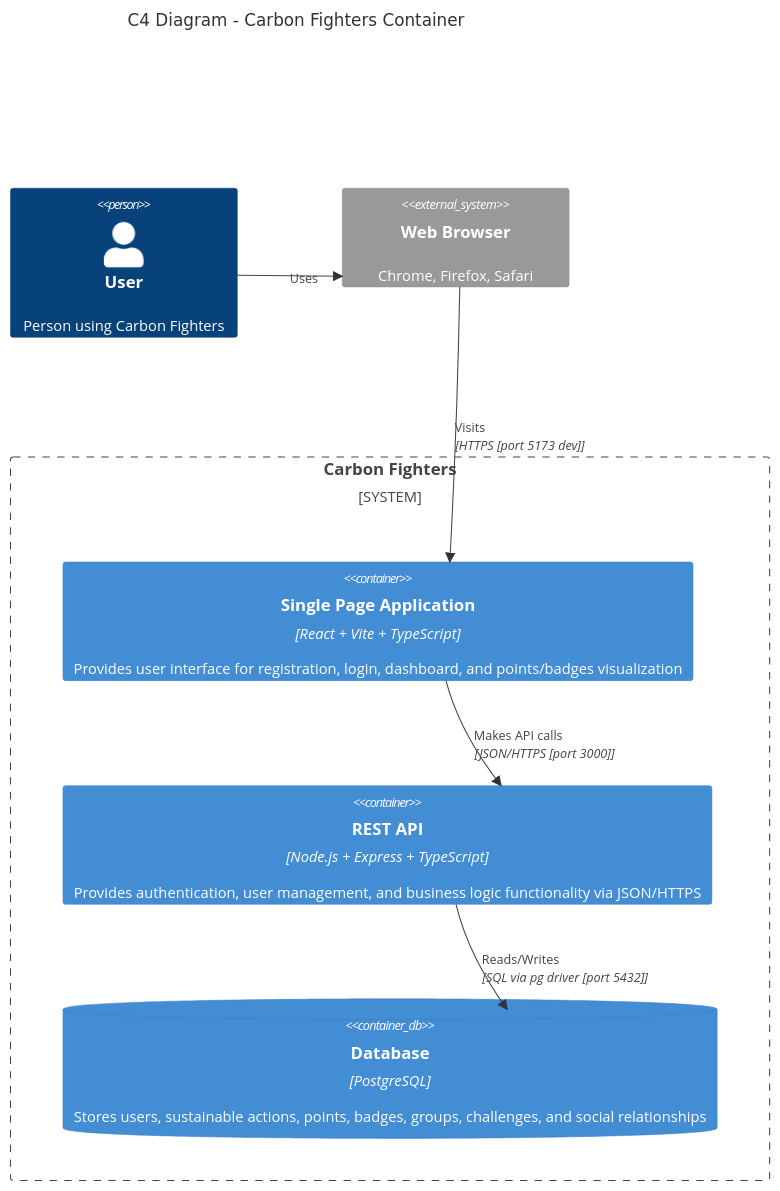
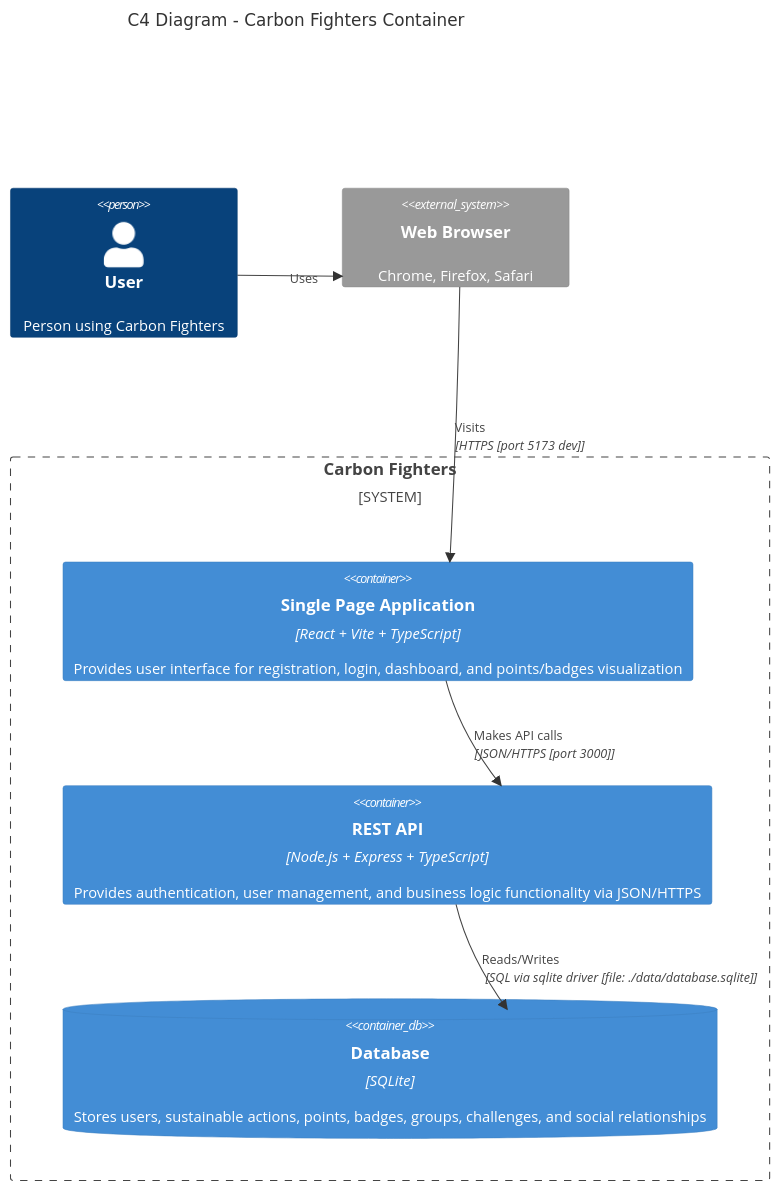
Before and after one commit to Bruno-Jambeiro/CarbonFighters: the second of 3 diagrams in README.md, drawn with Mermaid. The commit also changed other lines of this file, not shown here.

First line of the commit message:
docs: adds complete architecture documentation (EvaluationA4)

````diff
--- a/README.md
+++ b/README.md
@@ -188,25 +205,25 @@
 ```mermaid
 C4Container
     title C4 Diagram - Carbon Fighters Container
 
     Person(user, "User", "Person using Carbon Fighters")
 
     System_Boundary(carbonFighters, "Carbon Fighters") {
         Container(spa, "Single Page Application", "React + Vite + TypeScript", "Provides user interface for registration, login, dashboard, and points/badges visualization")
         
         Container(api, "REST API", "Node.js + Express + TypeScript", "Provides authentication, user management, and business logic functionality via JSON/HTTPS")
         
-        ContainerDb(db, "Database", "PostgreSQL", "Stores users, sustainable actions, points, badges, groups, challenges, and social relationships")
+        ContainerDb(db, "Database", "SQLite", "Stores users, sustainable actions, points, badges, groups, challenges, and social relationships")
     }
 
     System_Ext(browser, "Web Browser", "Chrome, Firefox, Safari")
 
     Rel(user, browser, "Uses", "")
     Rel(browser, spa, "Visits", "HTTPS [port 5173 dev]")
     
     Rel(spa, api, "Makes API calls", "JSON/HTTPS [port 3000]")
     
-    Rel(api, db, "Reads/Writes", "SQL via pg driver [port 5432]")
+    Rel(api, db, "Reads/Writes", "SQL via sqlite driver [file: ./data/database.sqlite]")
 
     UpdateLayoutConfig($c4ShapeInRow="3", $c4BoundaryInRow="1")
 ```
````
